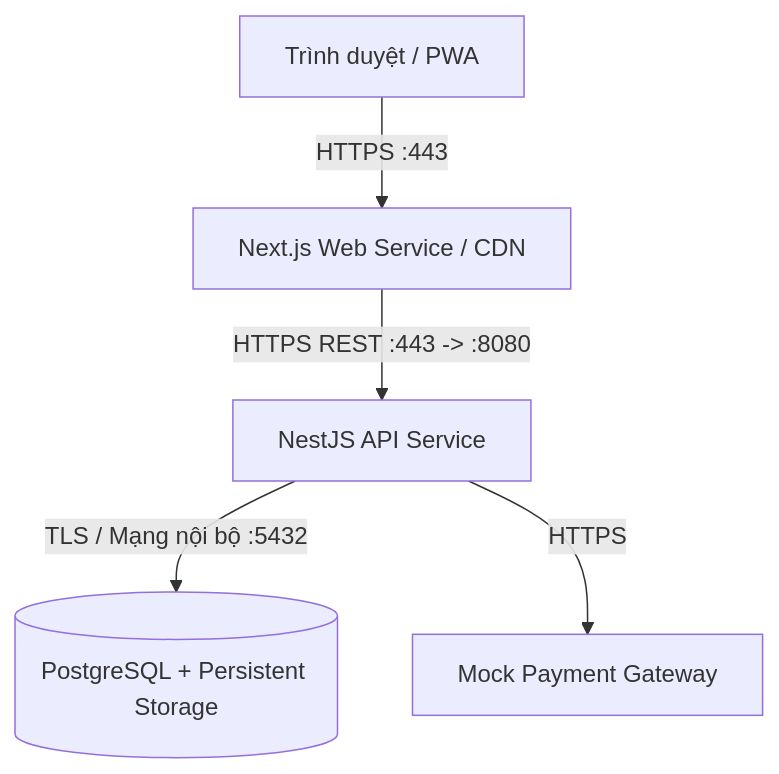
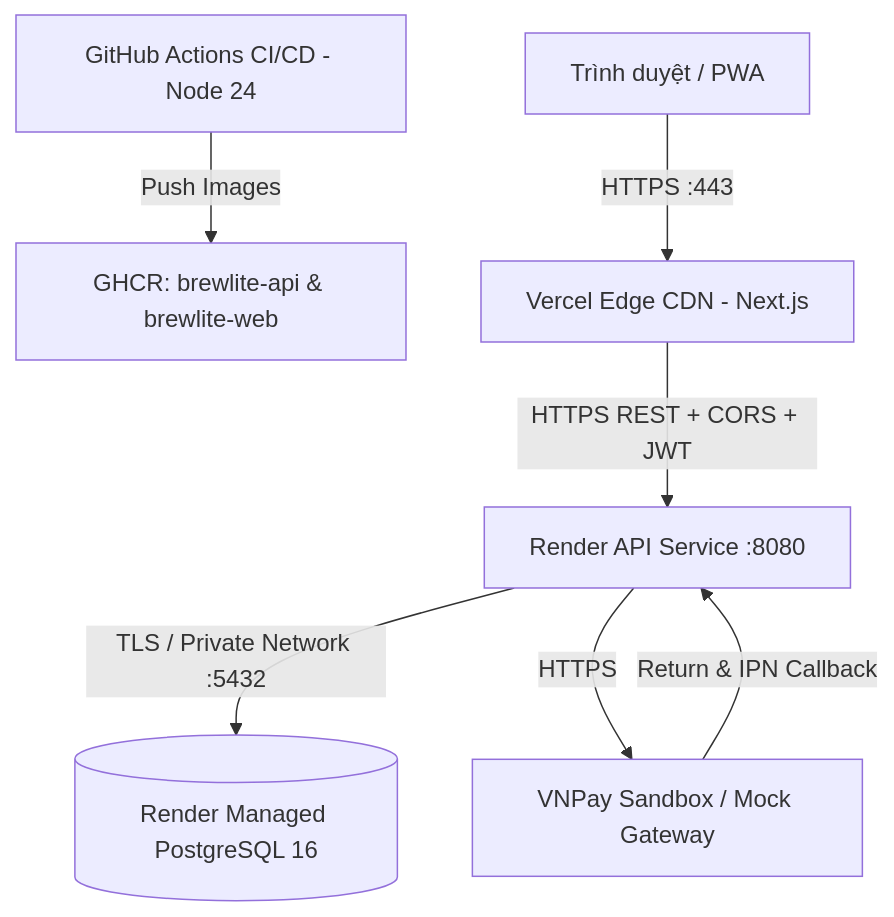
The second of 2 diagrams in README.md (dangtuan992006/SWE_Project_Assignment2), drawn with Mermaid before and after one commit. The commit also changed other lines of this file and 11 other files, not shown here.

Commit message:
[Docs]: đồng bộ SRS (17 FRs, 20 NFRs), sơ đồ UML/SVG, ma trận RTM và README với mã nguồn

````diff
--- a/README.md
+++ b/README.md
@@ -85,7 +90,9 @@
 ```mermaid
 flowchart TB
-    Client[Trình duyệt / PWA] -->|HTTPS :443| FE[Next.js Web Service / CDN]
-    FE -->|HTTPS REST :443 -> :8080| BE[NestJS API Service]
-    BE -->|TLS / Mạng nội bộ :5432| DB[(PostgreSQL + Persistent Storage)]
-    BE -->|HTTPS| Pay[Mock Payment Gateway]
+    CI[GitHub Actions CI/CD - Node 24] -->|Push Images| GHCR[GHCR: brewlite-api & brewlite-web]
+    Client[Trình duyệt / PWA] -->|HTTPS :443| FE[Vercel Edge CDN - Next.js]
+    FE -->|HTTPS REST + CORS + JWT| BE[Render API Service :8080]
+    BE -->|TLS / Private Network :5432| DB[(Render Managed PostgreSQL 16)]
+    BE -->|HTTPS| Pay[VNPay Sandbox / Mock Gateway]
+    Pay -->|Return & IPN Callback| BE
 ```
````
